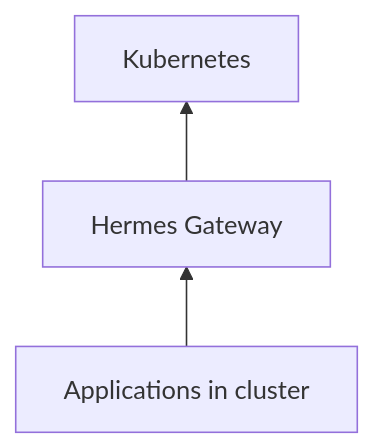
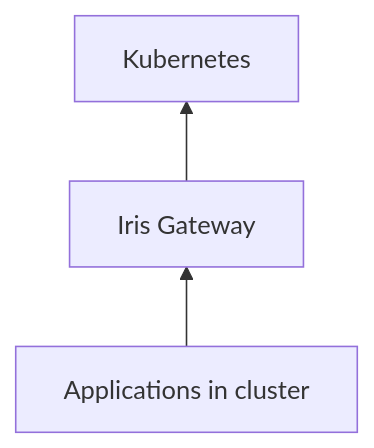
Before and after one commit to zyvorai/iris: the diagram in README.md, drawn with Mermaid. The commit also changed other lines of this file and 236 other files, not shown here.

First line of the commit message:
Rename Hermes to Iris across the project.

````diff
--- a/README.md
+++ b/README.md
@@ -109,7 +109,7 @@
 ```mermaid
 flowchart BT
   Apps[Applications in cluster]
-  Hermes[Hermes Gateway]
+  Iris[Iris Gateway]
   K8s[Kubernetes]
-  Apps --> Hermes --> K8s
+  Apps --> Iris --> K8s
 ```
````
